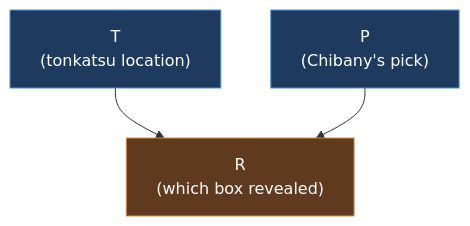
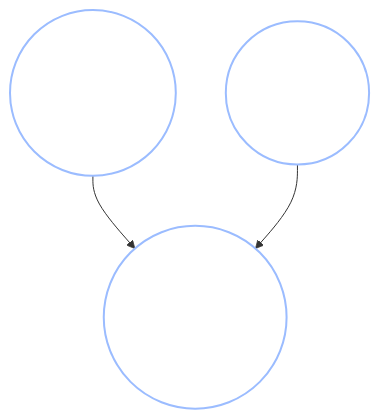
One commit to josephausterweil/probintro changed the fourth of 6 diagrams in content/intro2/09_conditional_independence.md. Above: the diagram before and after it, drawn with Mermaid. The commit also changed other lines of this file and 3 other files, not shown here.

````diff
--- a/content/intro2/09_conditional_independence.md
+++ b/content/intro2/09_conditional_independence.md
@@ -100,8 +97,7 @@
 ```mermaid
 graph TD
-    T["T<br/>(tonkatsu location)"] --> R["R<br/>(which box revealed)"]
-    P["P<br/>(Chibany's pick)"] --> R
-    style T fill:#1f3a5f,stroke:#4a90d9,color:#fff
-    style R fill:#5f3a1f,stroke:#d9904a,color:#fff
-    style P fill:#1f3a5f,stroke:#4a90d9,color:#fff
+    T(("T<br/>(tonkatsu location)")) --> R(("R<br/>(which box revealed)"))
+    P(("P<br/>(Chibany's pick)")) --> R
+    classDef node fill:none,stroke:#9bbcff,stroke-width:2px,color:#fff
+    class T,R,P node
 ```
````
